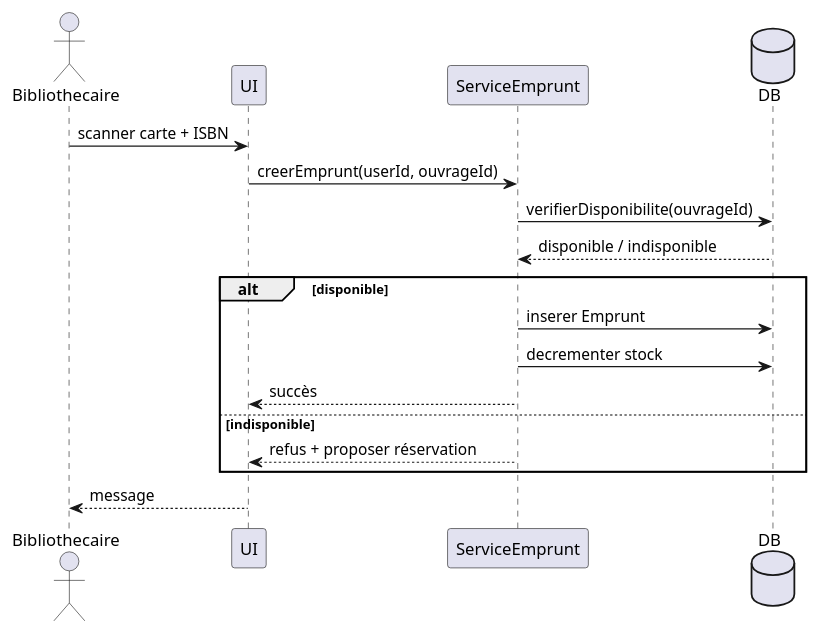
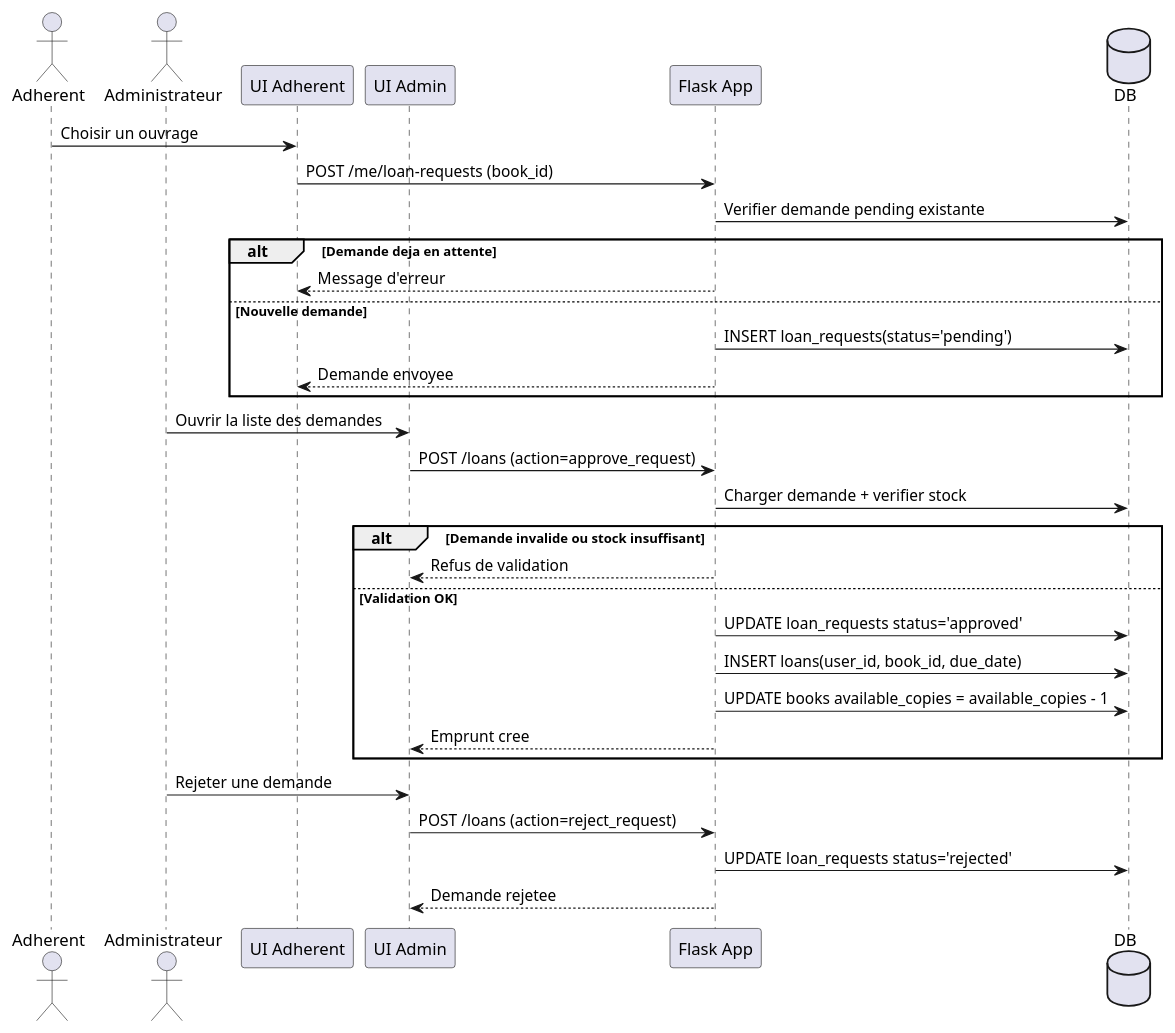
The diagram in diagrams/sequence_emprunt.puml (JunRoot29/Gestion-d-une-Bibliotheque), drawn with PlantUML before and after one commit. The commit also changed 16 other files, not shown here.

```diff
--- a/diagrams/sequence_emprunt.puml
+++ b/diagrams/sequence_emprunt.puml
@@ -1,19 +1,35 @@
 @startuml
-actor Bibliothecaire
-participant "UI" as UI
-participant "ServiceEmprunt" as S
-database "DB" as DB
+actor Adherent
+actor Administrateur
+participant "UI Adherent" as UUI
+participant "UI Admin" as AUI
+participant "Flask App" as APP
+database DB
 
-Bibliothecaire -> UI : scanner carte + ISBN
-UI -> S : creerEmprunt(userId, ouvrageId)
-S -> DB : verifierDisponibilite(ouvrageId)
-DB --> S : disponible / indisponible
-alt disponible
-  S -> DB : inserer Emprunt
-  S -> DB : decrementer stock
-  S --> UI : succès
-else indisponible
-  S --> UI : refus + proposer réservation
+Adherent -> UUI : Choisir un ouvrage
+UUI -> APP : POST /me/loan-requests (book_id)
+APP -> DB : Verifier demande pending existante
+alt Demande deja en attente
+  APP --> UUI : Message d'erreur
+else Nouvelle demande
+  APP -> DB : INSERT loan_requests(status='pending')
+  APP --> UUI : Demande envoyee
 end
-UI --> Bibliothecaire : message
+
+Administrateur -> AUI : Ouvrir la liste des demandes
+AUI -> APP : POST /loans (action=approve_request)
+APP -> DB : Charger demande + verifier stock
+alt Demande invalide ou stock insuffisant
+  APP --> AUI : Refus de validation
+else Validation OK
+  APP -> DB : UPDATE loan_requests status='approved'
+  APP -> DB : INSERT loans(user_id, book_id, due_date)
+  APP -> DB : UPDATE books available_copies = available_copies - 1
+  APP --> AUI : Emprunt cree
+end
+
+Administrateur -> AUI : Rejeter une demande
+AUI -> APP : POST /loans (action=reject_request)
+APP -> DB : UPDATE loan_requests status='rejected'
+APP --> AUI : Demande rejetee
 @enduml
```
